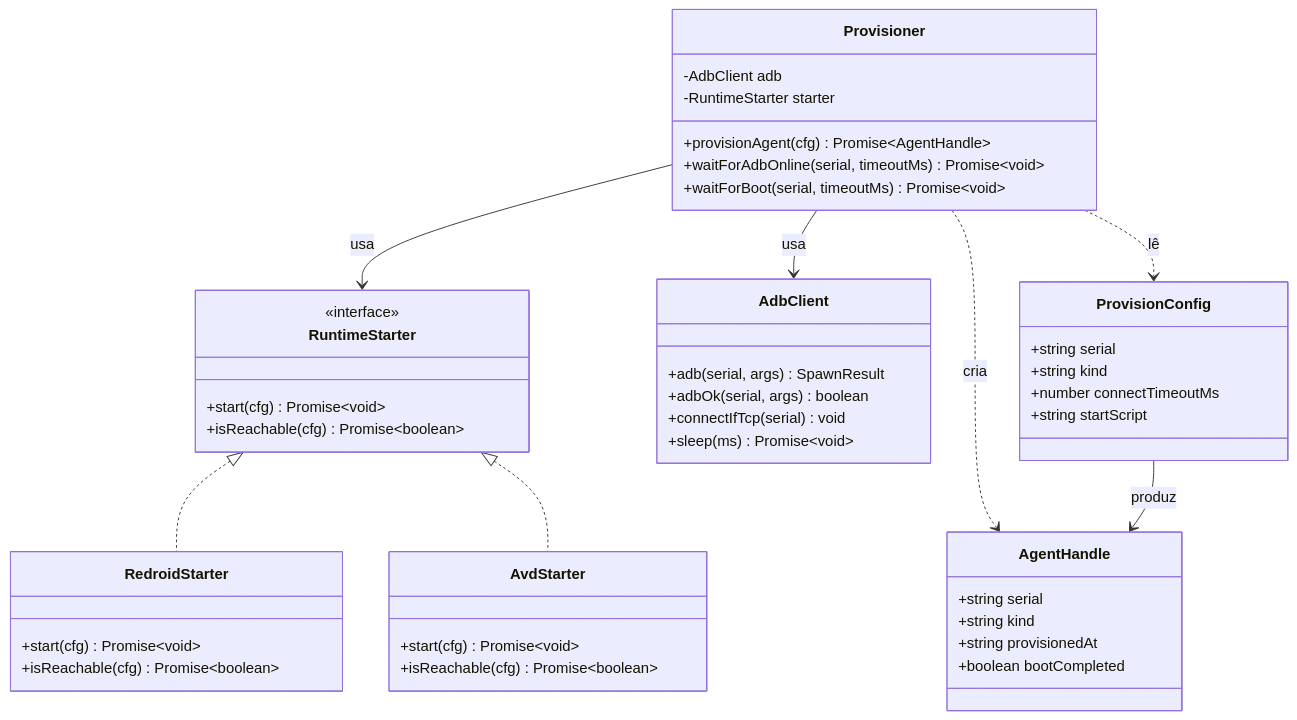
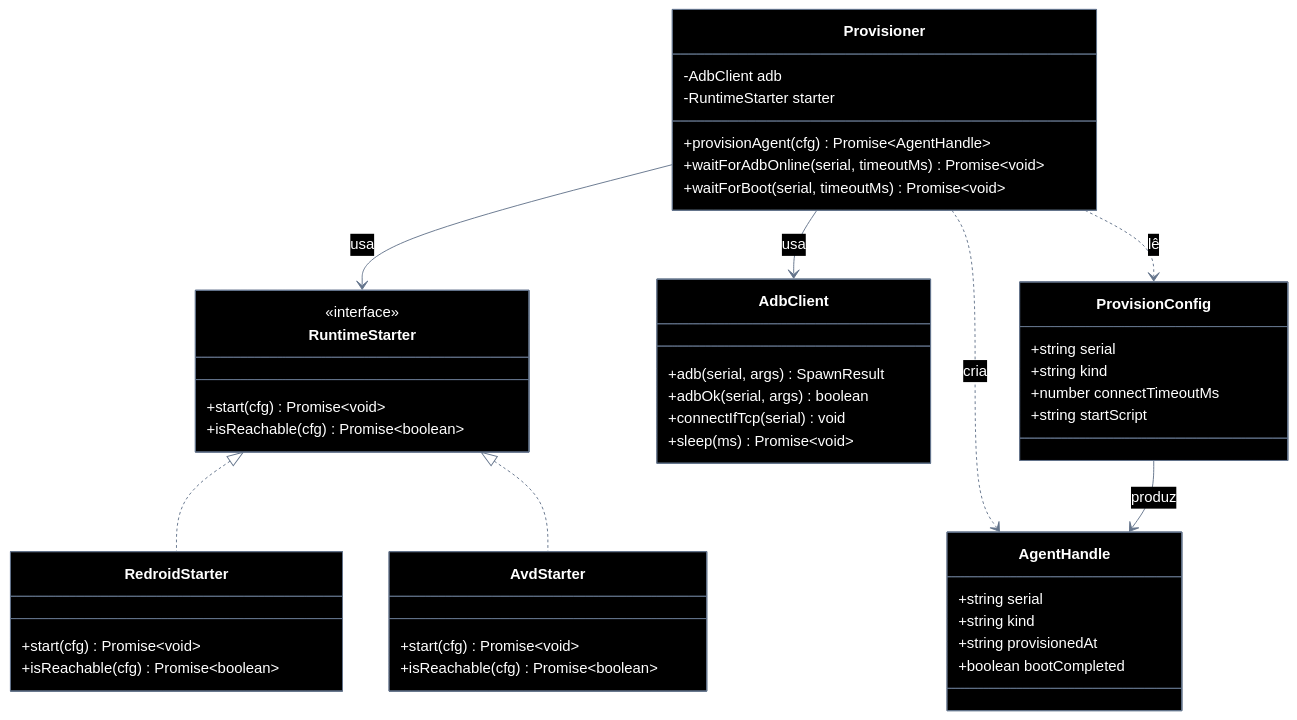
The first of 5 diagrams in connectmax/screen-robot/epics/EP-01-provisionar-agente/5.implementation-plan.md (laerciogermano/workstation), drawn with Mermaid before and after one commit. The commit also changed other lines of this file, not shown here.

First line of the commit message:
Aplica tema escuro do Gantt nos diagramas do plano EP-01.

````diff
--- a/connectmax/screen-robot/epics/EP-01-provisionar-agente/5.implementation-plan.md
+++ b/connectmax/screen-robot/epics/EP-01-provisionar-agente/5.implementation-plan.md
@@ -75,4 +75,45 @@
 ```mermaid
+---
+config:
+  theme: base
+  themeVariables:
+    darkMode: true
+    background: '#000000'
+    primaryColor: '#000000'
+    primaryTextColor: '#ffffff'
+    primaryBorderColor: '#64748b'
+    secondaryColor: '#000000'
+    secondaryTextColor: '#ffffff'
+    secondaryBorderColor: '#64748b'
+    tertiaryColor: '#000000'
+    tertiaryTextColor: '#ffffff'
+    tertiaryBorderColor: '#64748b'
+    lineColor: '#64748b'
+    textColor: '#ffffff'
+    mainBkg: '#000000'
+    nodeBorder: '#64748b'
+    clusterBkg: '#000000'
+    clusterBorder: '#333333'
+    titleColor: '#ffffff'
+    edgeLabelBackground: '#000000'
+    actorBkg: '#000000'
+    actorBorder: '#64748b'
+    actorTextColor: '#ffffff'
+    actorLineColor: '#333333'
+    signalColor: '#94a3b8'
+    signalTextColor: '#ffffff'
+    labelBoxBkgColor: '#000000'
+    labelBoxBorderColor: '#64748b'
+    labelTextColor: '#ffffff'
+    loopTextColor: '#ffffff'
+    noteBorderColor: '#64748b'
+    noteBkgColor: '#111111'
+    noteTextColor: '#ffffff'
+    activationBorderColor: '#64748b'
+    activationBkgColor: '#1a1a1a'
+    sequenceNumberColor: '#ffffff'
+    classText: '#ffffff'
+---
 classDiagram
   direction TB
 
````
